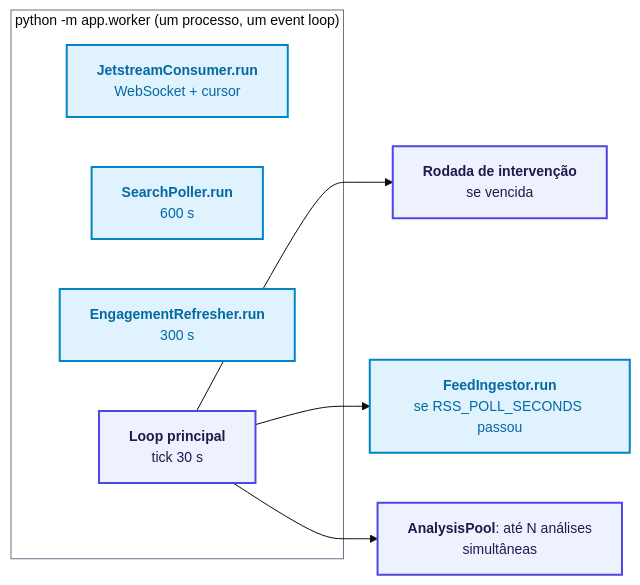
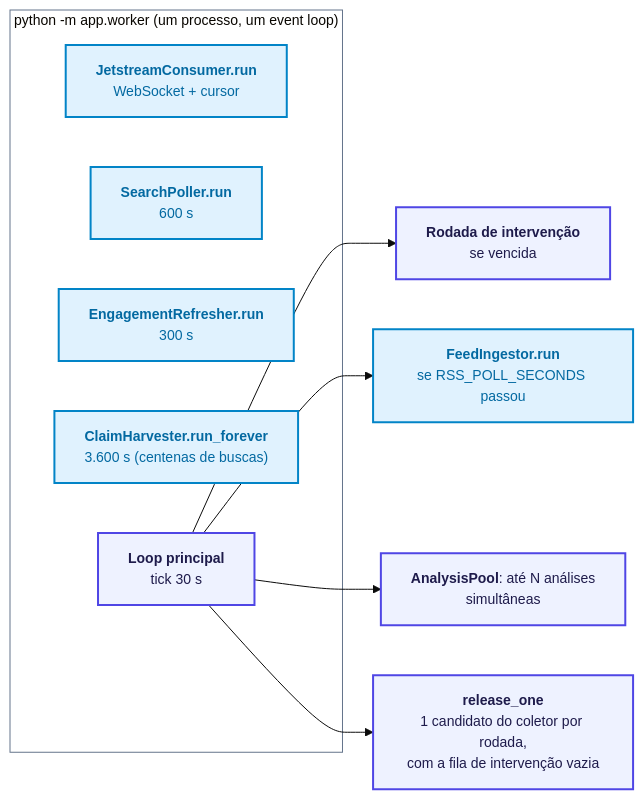
The third of 4 diagrams in docs/arquitetura/index.md (moonshinerd/ContrarIA), drawn with Mermaid before and after one commit. The commit also changed other lines of this file and 6 other files, not shown here.

````diff
--- a/docs/arquitetura/index.md
+++ b/docs/arquitetura/index.md
@@ -137,16 +144,18 @@
 ```mermaid
 %%{init: {'theme': 'base', 'themeVariables': { 'fontSize': '14px', 'fontFamily': 'inherit', 'clusterBkg': 'transparent', 'clusterBorder': '#64748B', 'edgeLabelBackground': 'transparent' }}}%%
 flowchart LR
     classDef core fill:#EEF2FF,stroke:#4F46E5,stroke-width:2px,color:#1E1B4B
     classDef ingest fill:#E0F2FE,stroke:#0284C7,stroke-width:2px,color:#0369A1
 
     subgraph Worker["python -m app.worker (um processo, um event loop)"]
         T1["<span style='color:#0369A1'><b>JetstreamConsumer.run</b><br/>WebSocket + cursor</span>"]:::ingest
         T2["<span style='color:#0369A1'><b>SearchPoller.run</b><br/>600 s</span>"]:::ingest
         T3["<span style='color:#0369A1'><b>EngagementRefresher.run</b><br/>300 s</span>"]:::ingest
+        T4["<span style='color:#0369A1'><b>ClaimHarvester.run_forever</b><br/>3.600 s (centenas de buscas)</span>"]:::ingest
         L["<span style='color:#1E1B4B'><b>Loop principal</b><br/>tick 30 s</span>"]:::core
     end
     L --> R1["<span style='color:#1E1B4B'><b>Rodada de intervenção</b><br/>se vencida</span>"]:::core
     L --> R2["<span style='color:#0369A1'><b>FeedIngestor.run</b><br/>se RSS_POLL_SECONDS passou</span>"]:::ingest
     L --> R3["<span style='color:#1E1B4B'><b>AnalysisPool</b>: até N análises<br/>simultâneas</span>"]:::core
+    L --> R4["<span style='color:#1E1B4B'><b>release_one</b><br/>1 candidato do coletor por rodada,<br/>com a fila de intervenção vazia</span>"]:::core
 ```
````
